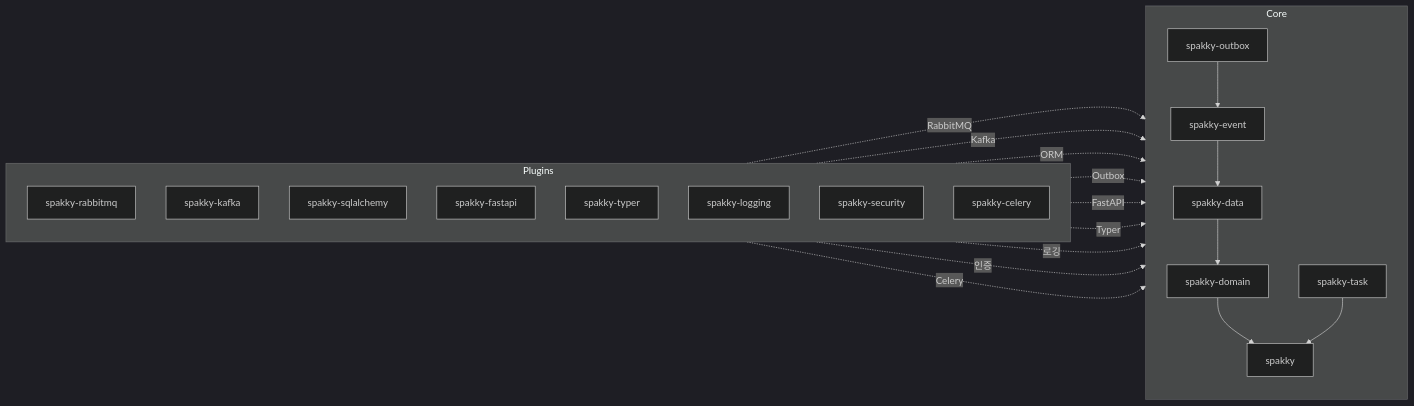
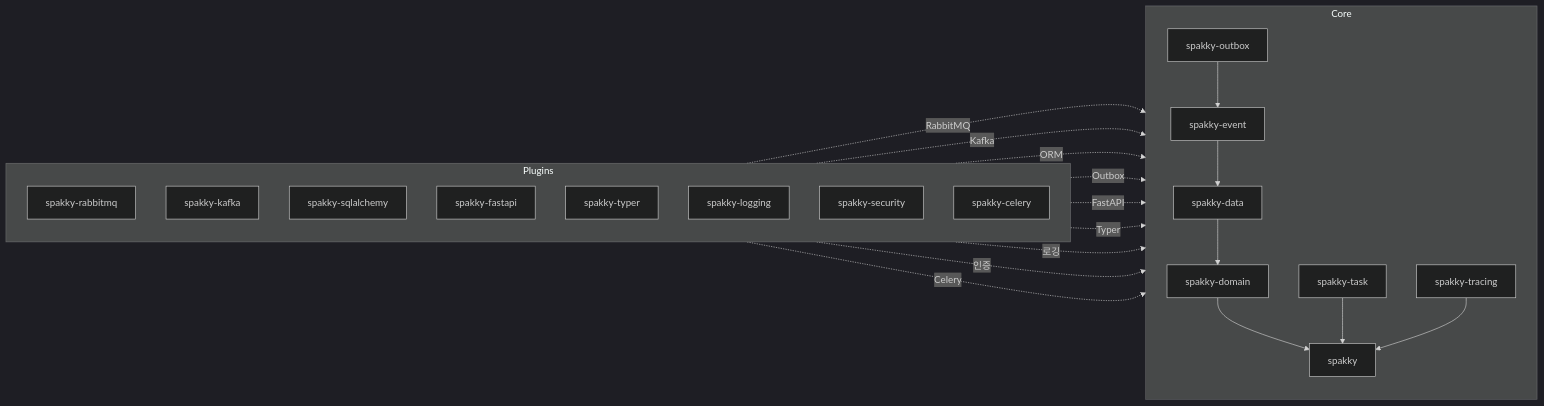
Before and after one commit to E5presso/spakky-framework: the diagram in docs/index.md, drawn with Mermaid (dark theme). The commit also changed other lines of this file and 27 other files, not shown here.

Commit message:
feat: add spakky-tracing core package - closes #33

````diff
--- a/docs/index.md
+++ b/docs/index.md
@@ -237,33 +239,34 @@
 ```mermaid
 flowchart LR
   subgraph Plugins[Plugins]
     direction TB
     rabbitmq[spakky-rabbitmq]
     kafka[spakky-kafka]
     sqlalchemy[spakky-sqlalchemy]
     fastapi[spakky-fastapi]
     typer[spakky-typer]
     logging[spakky-logging]
     security[spakky-security]
     celery[spakky-celery]
   end
 
   subgraph Core[Core]
     direction TB
     outbox[spakky-outbox] --> event[spakky-event]
     event --> data[spakky-data]
     data --> domain[spakky-domain]
     domain --> core[spakky]
     task[spakky-task] --> core
+    tracing[spakky-tracing] --> core
   end
 
   rabbitmq -. RabbitMQ .-> event
   kafka -. Kafka .-> event
   sqlalchemy -. ORM .-> data
   sqlalchemy -. Outbox .-> outbox
   fastapi -. FastAPI .-> core
   typer -. Typer .-> core
   logging -. 로깅 .-> core
   security -. 인증 .-> core
   celery -. Celery .-> task
 ```
````
